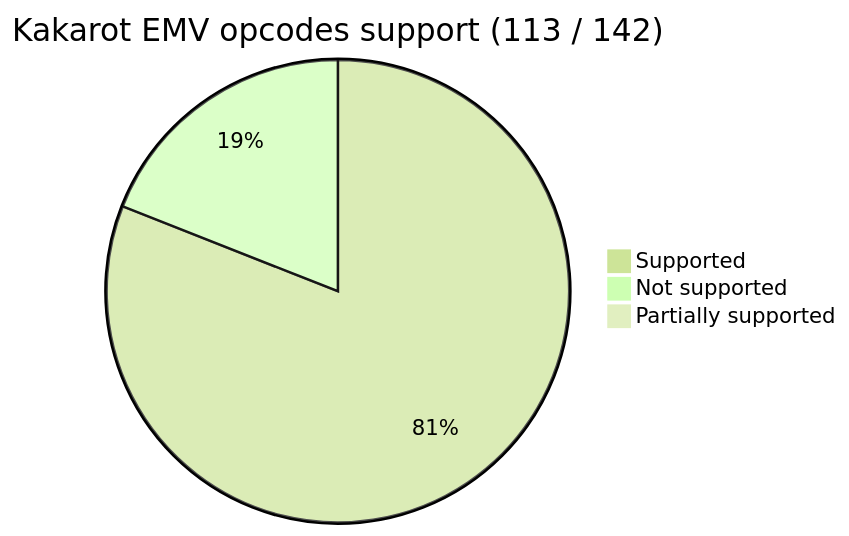
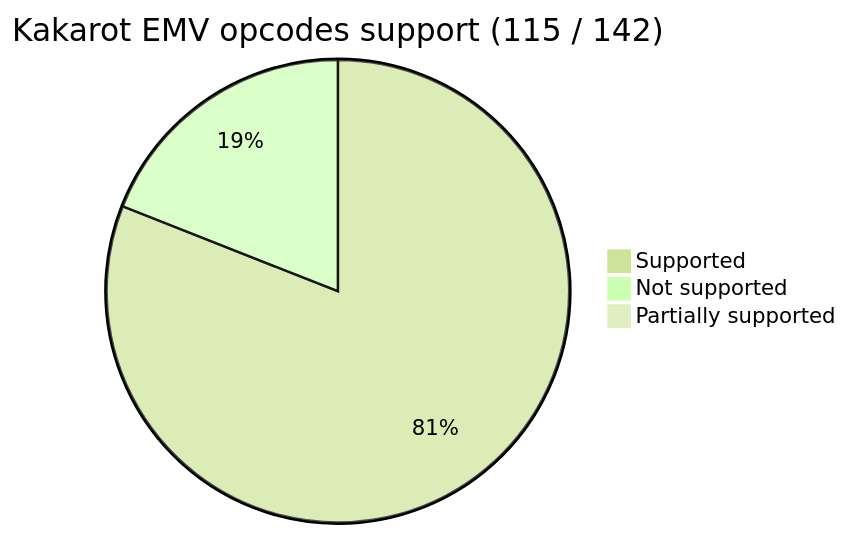
One commit to kkrt-labs/kakarot changed the first of 2 diagrams in README.md. Above: the diagram before and after it, drawn with Mermaid.

Commit message:
docs: updated opcode count

````diff
--- a/README.md
+++ b/README.md
@@ -38,9 +38,9 @@
 ```mermaid
 %%{init: {'theme': 'forest', 'themeVariables': { 'darkMode': 'false'}}}%%
 
-pie title Kakarot EMV opcodes support (113 / 142)
+pie title Kakarot EMV opcodes support (115 / 142)
     "Supported" : 115
     "Not supported" : 27
 
     "Partially supported" : 0
 ```
````
